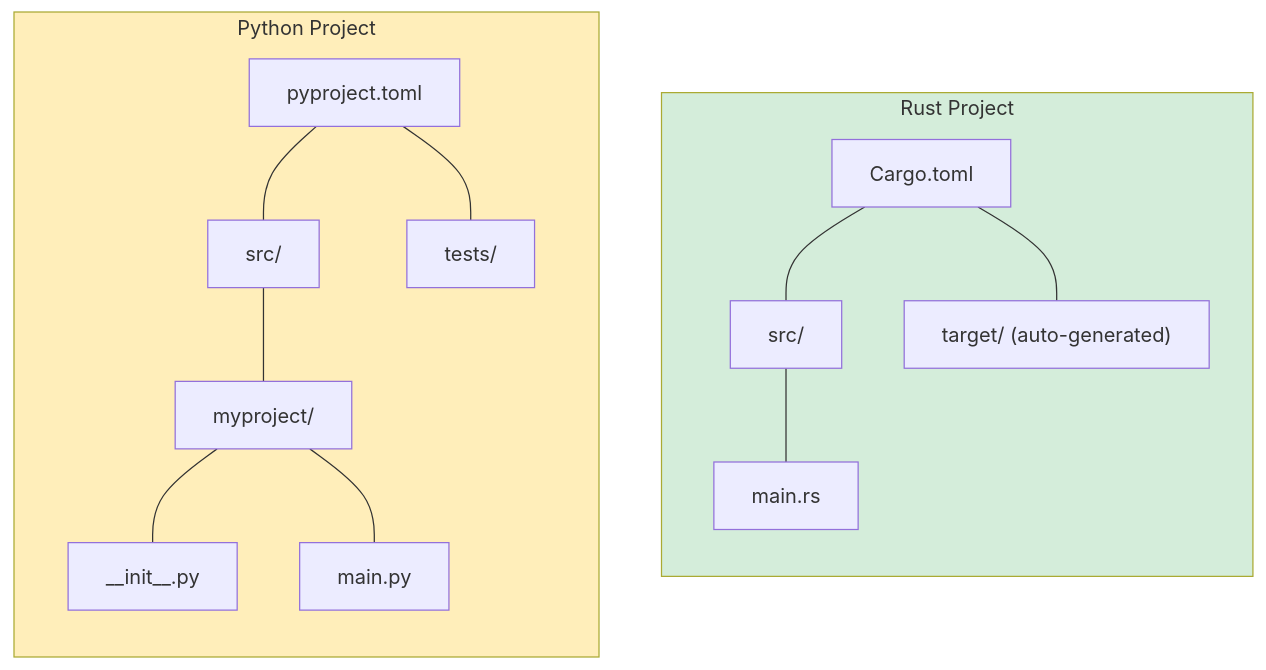
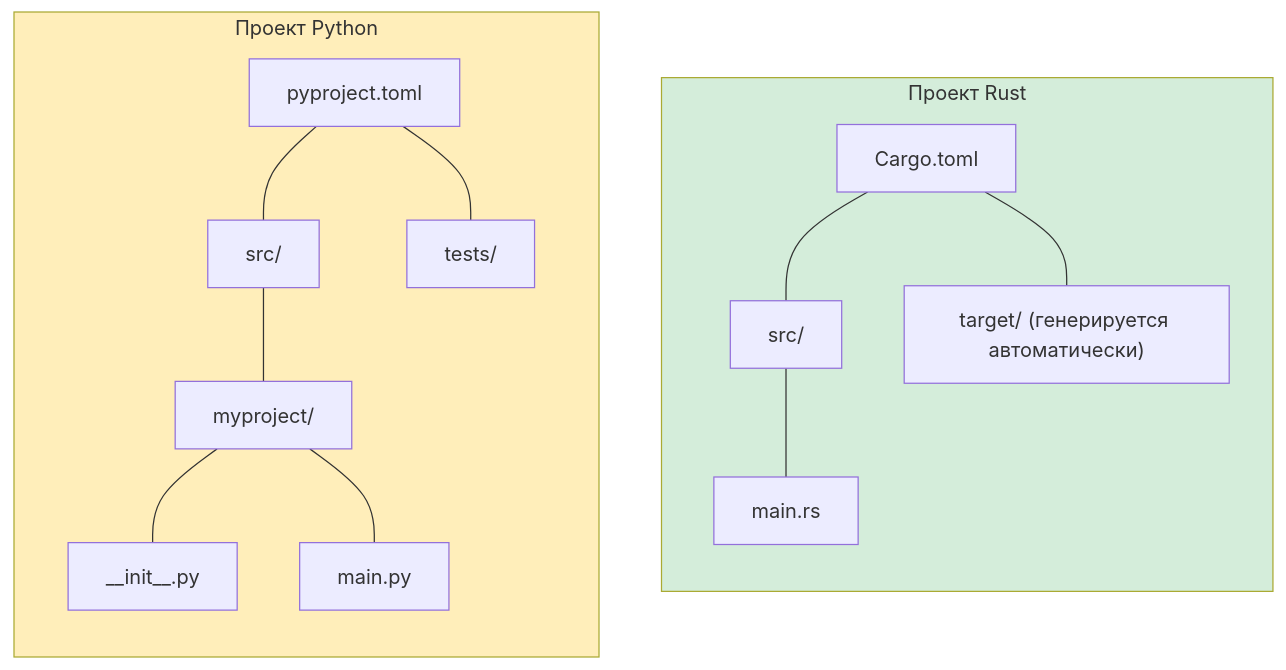
The diagram in python-book/src/ch02-getting-started.md (r007/RustTraining-Rus), drawn with Mermaid before and after one commit. The commit also changed other lines of this file and 10 other files, not shown here.

````diff
--- a/python-book/src/ch02-getting-started.md
+++ b/python-book/src/ch02-getting-started.md
@@ -109,18 +108,18 @@
 ```mermaid
 graph LR
-    subgraph Python ["Python Project"]
+    subgraph Python ["Проект Python"]
         PP["pyproject.toml"] --- PS["src/"]
         PS --- PM["myproject/"]
         PM --- PI["__init__.py"]
         PM --- PMN["main.py"]
         PP --- PT["tests/"]
     end
-    subgraph Rust ["Rust Project"]
+    subgraph Rust ["Проект Rust"]
         RC["Cargo.toml"] --- RS["src/"]
         RS --- RM["main.rs"]
-        RC --- RTG["target/ (auto-generated)"]
+        RC --- RTG["target/ (генерируется автоматически)"]
     end
     Python ~~~ Rust
     style Python fill:#ffeeba
     style Rust fill:#d4edda
 ```
````
